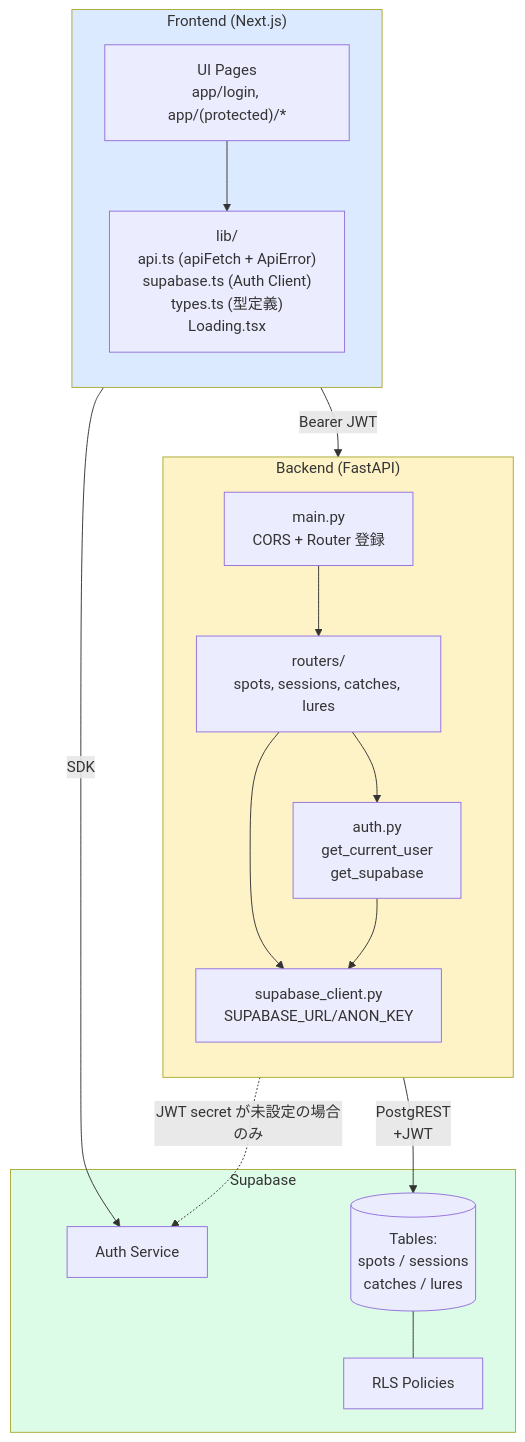
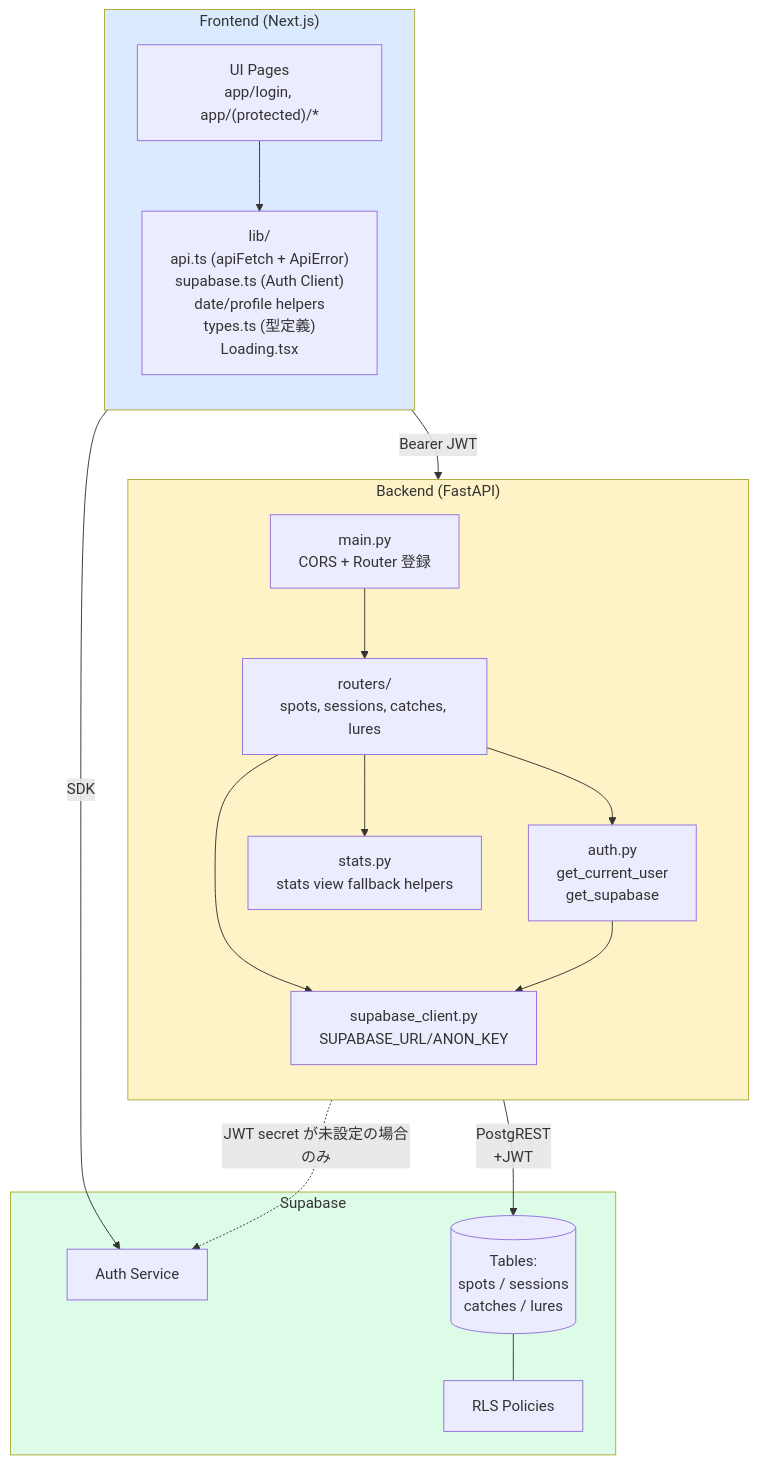
One commit to satoru-oka/catch-management changed the fifth of 7 diagrams in docs/architecture.md. Above: the diagram before and after it, drawn with Mermaid. The commit also changed other lines of this file and 3 other files, not shown here.

````diff
--- a/docs/architecture.md
+++ b/docs/architecture.md
@@ -115,37 +115,39 @@
 ```mermaid
 flowchart TB
     subgraph Frontend["Frontend (Next.js)"]
         direction TB
         Pages["UI Pages<br/>app/login, app/(protected)/*"]
-        Lib["lib/<br/>api.ts (apiFetch + ApiError)<br/>supabase.ts (Auth Client)<br/>types.ts (型定義)<br/>Loading.tsx"]
+        Lib["lib/<br/>api.ts (apiFetch + ApiError)<br/>supabase.ts (Auth Client)<br/>date/profile helpers<br/>types.ts (型定義)<br/>Loading.tsx"]
         Pages --> Lib
     end
 
     subgraph Backend["Backend (FastAPI)"]
         direction TB
         Main["main.py<br/>CORS + Router 登録"]
         Routers["routers/<br/>spots, sessions, catches, lures"]
         AuthMod["auth.py<br/>get_current_user<br/>get_supabase"]
+        StatsMod["stats.py<br/>stats view fallback helpers"]
         DBMod["supabase_client.py<br/>SUPABASE_URL/ANON_KEY"]
         Main --> Routers
         Routers --> AuthMod
+        Routers --> StatsMod
         Routers --> DBMod
         AuthMod --> DBMod
     end
 
     subgraph Supabase["Supabase"]
         SBAuth["Auth Service"]
         Tables[("Tables:<br/>spots / sessions<br/>catches / lures")]
         RLS["RLS Policies"]
         Tables --- RLS
     end
 
     Frontend -->|"Bearer JWT"| Backend
     Frontend -->|"SDK"| SBAuth
     Backend -.->|"JWT secret が未設定の場合のみ"| SBAuth
     Backend -->|"PostgREST<br/>+JWT"| Tables
 
     style Frontend fill:#dbeafe
     style Backend fill:#fef3c7
     style Supabase fill:#dcfce7
 ```
````
